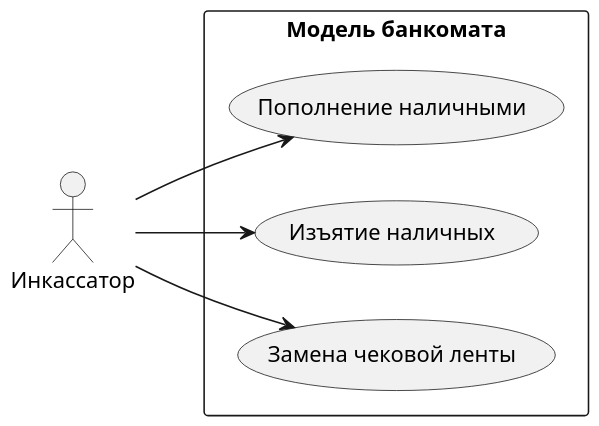
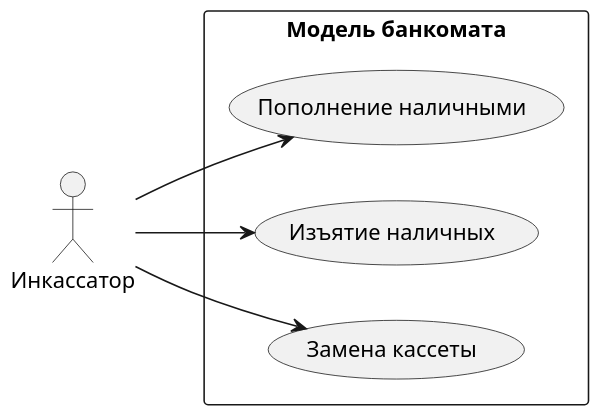
The diagram in labs/lab_1/ATM/uml/ATM_Service_UseCases.puml (vodo4kin/PPOIS_2sem), drawn with PlantUML before and after one commit. The commit also changed 122 other files, not shown here.

```diff
--- a/labs/lab_1/ATM/uml/ATM_Service_UseCases.puml
+++ b/labs/lab_1/ATM/uml/ATM_Service_UseCases.puml
@@ -1,21 +1,21 @@
 @startuml ATM_Service_UseCases
 skinparam monochrome true
 skinparam shadowing false
 skinparam dpi 150
 
 left to right direction
 
 actor "Инкассатор" as CashCollector
 
 rectangle "Модель банкомата" {
 
     usecase "Пополнение наличными" as Replenish
     usecase "Изъятие наличных" as Collect
-    usecase "Замена чековой ленты" as ReplacePaper
+    usecase "Замена кассеты" as ReplaceCassette
 }
 
 CashCollector --> Replenish
 CashCollector --> Collect
-CashCollector --> ReplacePaper
+CashCollector --> ReplaceCassette
 
 @enduml
```
